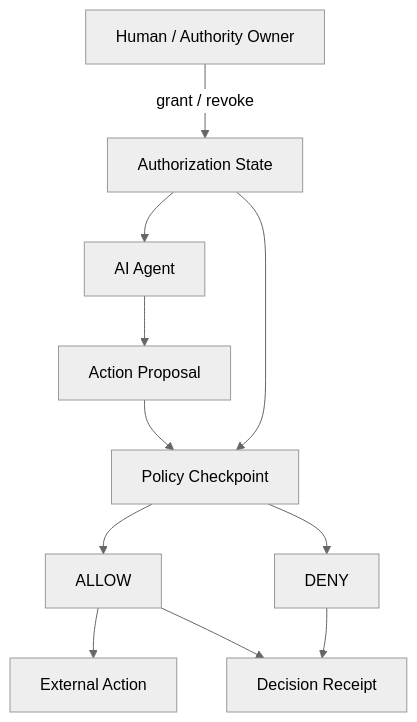
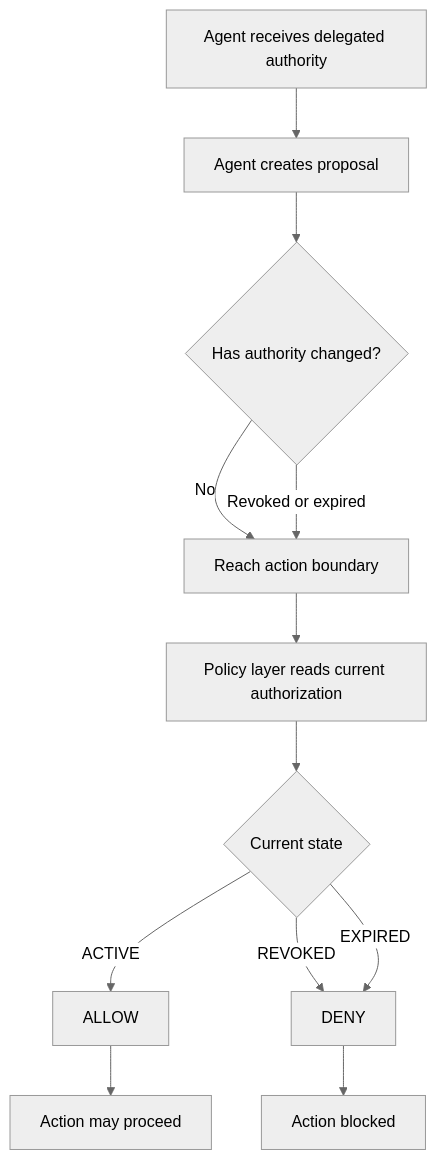
One commit to Gradensal/gl-003-revocation-test changed the second of 2 diagrams in README.md. Above: the diagram before and after it, drawn with Mermaid (neutral theme). The commit also changed other lines of this file, not shown here.

````diff
--- a/README.md
+++ b/README.md
@@ -33,23 +185,14 @@
 ```mermaid
 flowchart TD
-    H[Human / Authority Owner]
-    A[Authorization State]
-    G[AI Agent]
-    P[Action Proposal]
-    C[Policy Checkpoint]
-    Y[ALLOW]
-    N[DENY]
-    E[External Action]
-    R[Decision Receipt]
-
-    H -->|grant / revoke| A
-    A --> G
-    G --> P
-    P --> C
-    A --> C
-    C --> Y
-    C --> N
-    Y --> E
-    Y --> R
-    N --> R
+    A[Agent receives delegated authority] --> B[Agent creates proposal]
+    B --> C{Has authority changed?}
+    C -->|No| D[Reach action boundary]
+    C -->|Revoked or expired| D
+    D --> E[Policy layer reads current authorization]
+    E --> F{Current state}
+    F -->|ACTIVE| G[ALLOW]
+    F -->|REVOKED| H[DENY]
+    F -->|EXPIRED| H
+    G --> I[Action may proceed]
+    H --> J[Action blocked]
 ```
````
